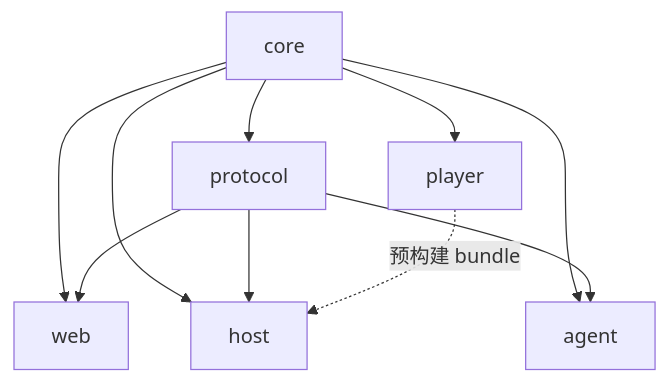
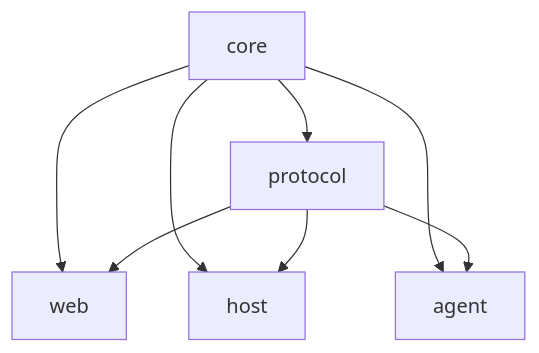
Before and after one commit to creativedswork/DSWeave: the second of 5 diagrams in docs/01-architecture.md, drawn with Mermaid. The commit also changed other lines of this file and 6 other files, not shown here.

````diff
--- a/docs/01-architecture.md
+++ b/docs/01-architecture.md
@@ -100,12 +101,10 @@
 ```mermaid
 flowchart TD
   core --> protocol
   core --> web
   core --> host
   core --> agent
-  core --> player
   protocol --> web
   protocol --> host
   protocol --> agent
-  player -. 预构建 bundle .-> host
 ```
````
